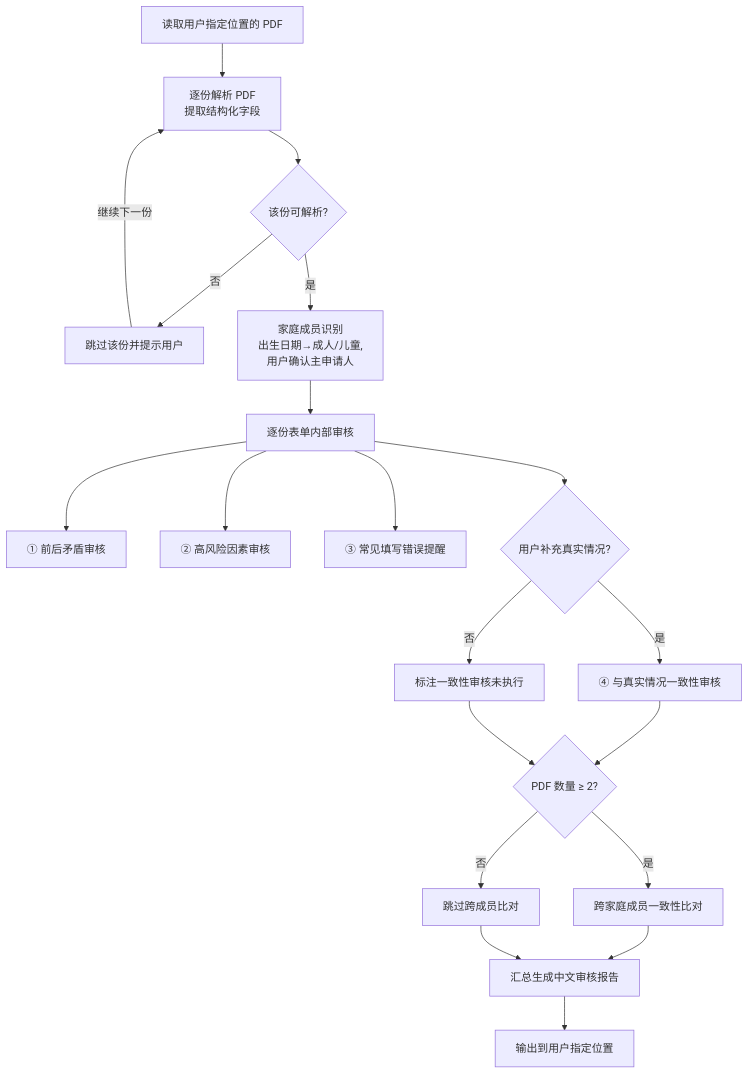
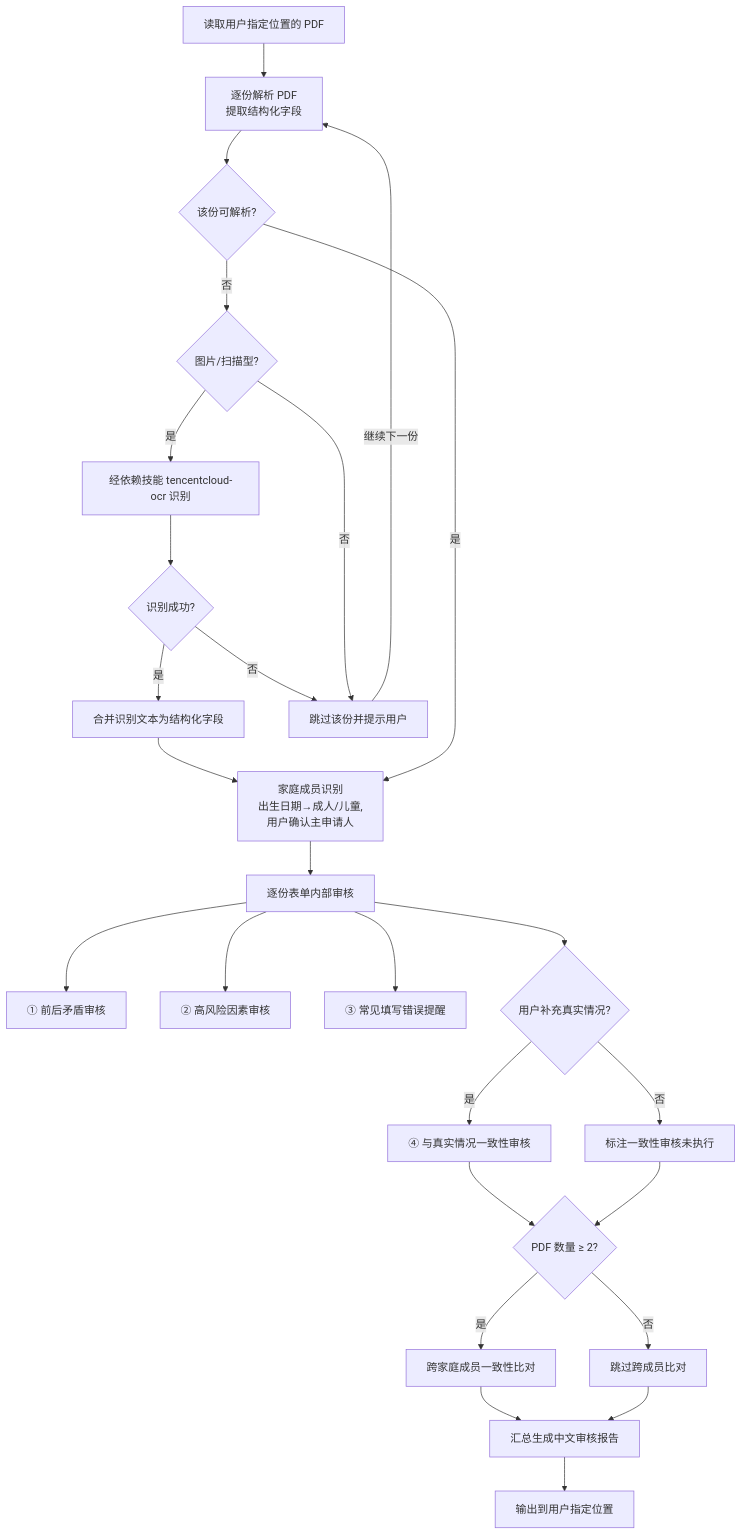
Before and after one commit to neofung/us-visa-skill: the second of 4 diagrams in PRD/PRJ-001/04-business-processes/processes.md, drawn with Mermaid. The commit also changed other lines of this file and 11 other files, not shown here.

````diff
--- a/PRD/PRJ-001/04-business-processes/processes.md
+++ b/PRD/PRJ-001/04-business-processes/processes.md
@@ -95,22 +95,28 @@
 ```mermaid
 flowchart TD
     A[读取用户指定位置的 PDF] --> B[逐份解析 PDF<br/>提取结构化字段]
     B --> C{该份可解析?}
-    C -->|否| D[跳过该份并提示用户]
+    C -->|否| C1{图片/扫描型?}
+    C1 -->|是| C2[经依赖技能 tencentcloud-ocr 识别]
+    C2 --> C3{识别成功?}
+    C3 -->|是| C4[合并识别文本为结构化字段]
+    C3 -->|否| D[跳过该份并提示用户]
+    C1 -->|否| D
+    C4 --> E
     D -->|继续下一份| B
     C -->|是| E[家庭成员识别<br/>出生日期→成人/儿童,<br/>用户确认主申请人]
     E --> F[逐份表单内部审核]
     F --> G[① 前后矛盾审核]
     F --> H[② 高风险因素审核]
     F --> I[③ 常见填写错误提醒]
     F --> J{用户补充真实情况?}
     J -->|是| K[④ 与真实情况一致性审核]
     J -->|否| L[标注一致性审核未执行]
     K --> M{PDF 数量 ≥ 2?}
     L --> M
     M -->|是| N[跨家庭成员一致性比对]
     M -->|否| O[跳过跨成员比对]
     N --> P[汇总生成中文审核报告]
     O --> P
     P --> Q[输出到用户指定位置]
 ```
````
